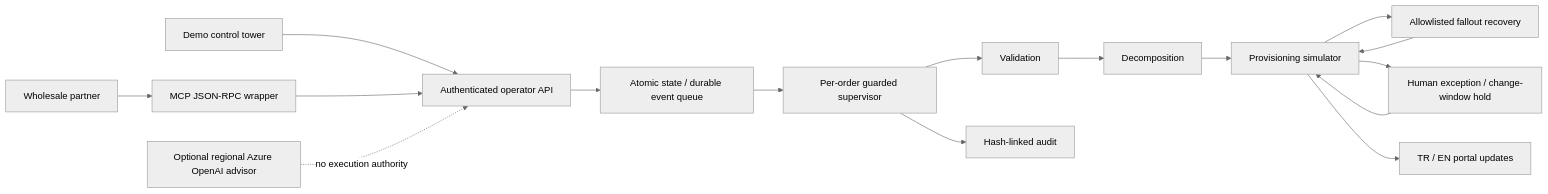
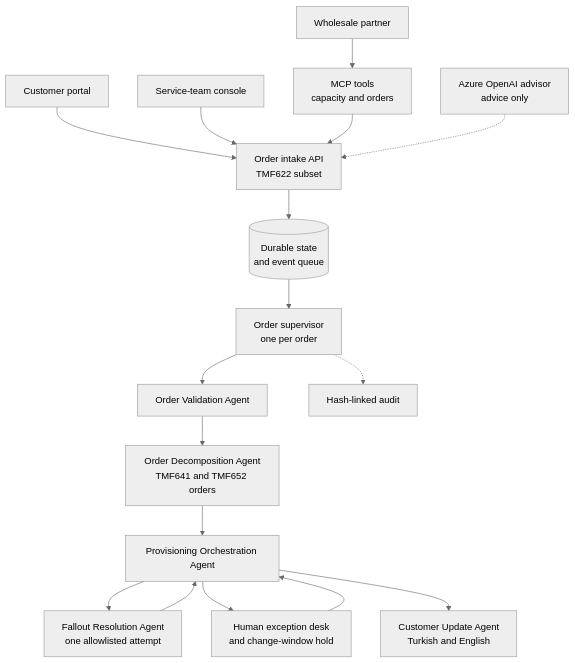
One commit to m-haider-raza/AMA-Telecom-Order-to-Activation changed the diagram in README.md. Above: the diagram before and after it, drawn with Mermaid (neutral theme). The commit also changed other lines of this file and 3 other files, not shown here.

First line of the commit message:
Add Azure architecture as deployed and refresh the README

````diff
--- a/README.md
+++ b/README.md
@@ -50,18 +62,16 @@
 ```mermaid
-flowchart LR
-  UI[Demo control tower] --> API[Authenticated operator API]
-  PARTNER[Wholesale partner] --> MCP[MCP JSON-RPC wrapper]
-  MCP --> API
-  API --> STATE[Atomic state / durable event queue]
-  STATE --> SUP[Per-order guarded supervisor]
-  SUP --> V[Validation]
-  V --> D[Decomposition]
-  D --> P[Provisioning simulator]
-  P --> F[Allowlisted fallout recovery]
+flowchart TB
+  CUST["Customer portal"] --> API["Order intake API<br/>TMF622 subset"]
+  OPS["Service-team console"] --> API
+  PART["Wholesale partner"] --> MCP["MCP tools<br/>capacity and orders"] --> API
+  API --> STATE[("Durable state<br/>and event queue")]
+  STATE --> SUP["Order supervisor<br/>one per order"]
+  SUP --> V["Order Validation Agent"] --> D["Order Decomposition Agent<br/>TMF641 and TMF652 orders"] --> P["Provisioning Orchestration Agent"]
+  P --> F["Fallout Resolution Agent<br/>one allowlisted attempt"]
   F --> P
-  P --> H[Human exception / change-window hold]
+  P --> H["Human exception desk<br/>and change-window hold"]
   H --> P
-  P --> N[TR / EN portal updates]
-  SUP --> AUDIT[Hash-linked audit]
-  AI[Optional regional Azure OpenAI advisor] -. no execution authority .-> API
+  P --> U["Customer Update Agent<br/>Turkish and English"]
+  SUP -.-> AUDIT["Hash-linked audit"]
+  AI["Azure OpenAI advisor<br/>advice only"] -.-> API
 ```
````
